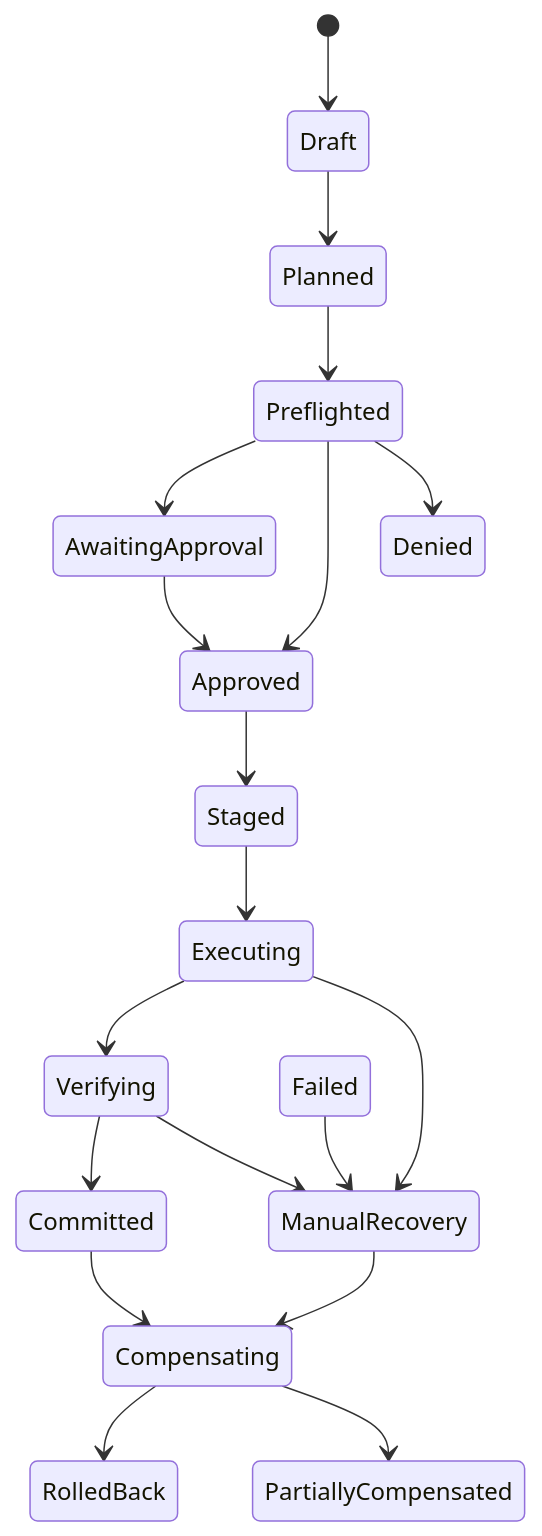
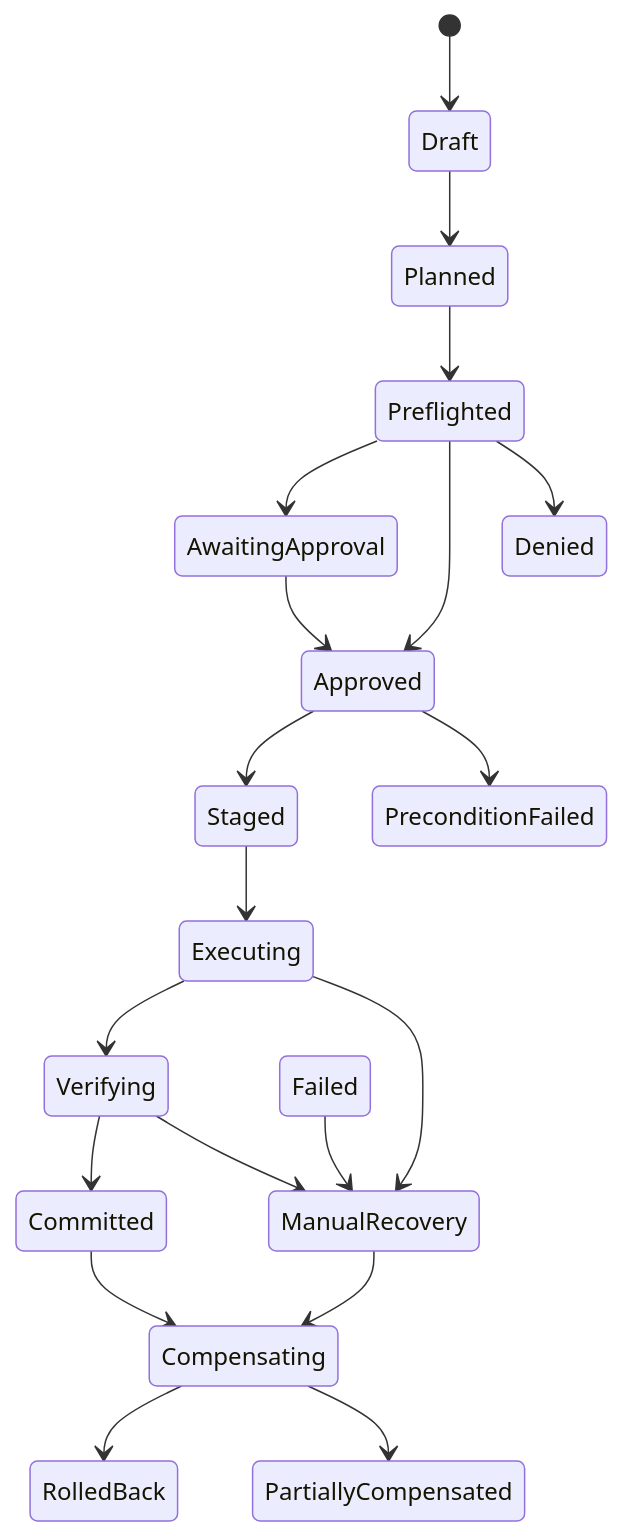
One commit to Ontixa/veyra changed the second of 2 diagrams in docs/architecture/README.md. Above: the diagram before and after it, drawn with Mermaid. The commit also changed other lines of this file and 29 other files, not shown here.

````diff
--- a/docs/architecture/README.md
+++ b/docs/architecture/README.md
@@ -53,21 +53,22 @@
 ```mermaid
 stateDiagram-v2
     [*] --> Draft
     Draft --> Planned
     Planned --> Preflighted
     Preflighted --> AwaitingApproval
     Preflighted --> Approved
     Preflighted --> Denied
     AwaitingApproval --> Approved
     Approved --> Staged
+    Approved --> PreconditionFailed
     Staged --> Executing
     Executing --> Verifying
     Verifying --> Committed
     Committed --> Compensating
     Compensating --> RolledBack
     Compensating --> PartiallyCompensated
     Executing --> ManualRecovery
     Verifying --> ManualRecovery
     Failed --> ManualRecovery
     ManualRecovery --> Compensating
 ```
````
